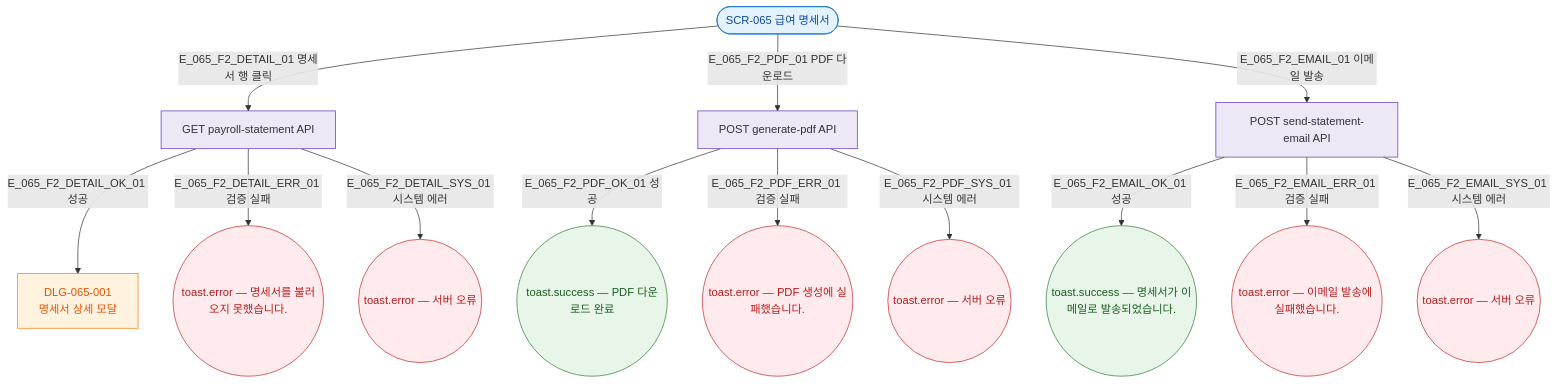
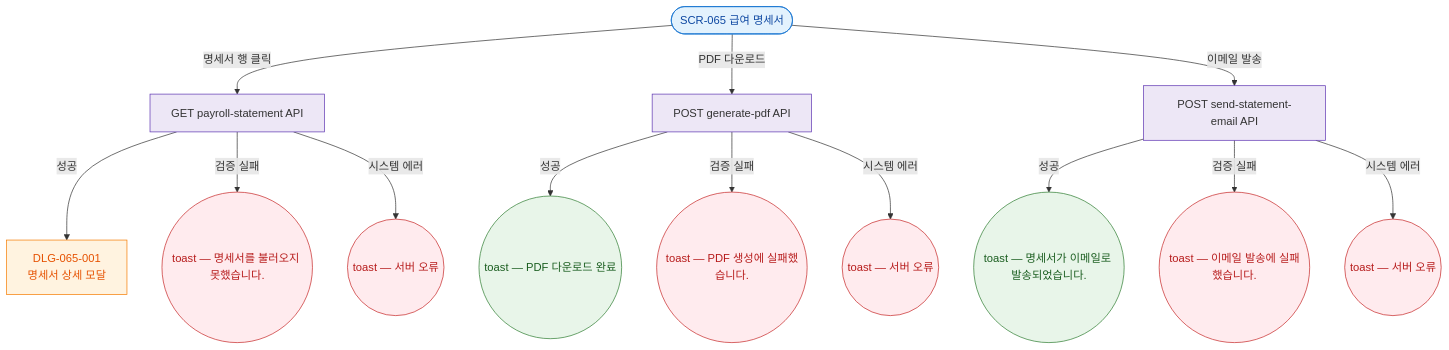
Before and after one commit to dev-spogym/admin-pando: the diagram in docs/다이어그램/D07_직원관리/SCR-065_급여명세서/F2_메인.md, drawn with Mermaid. The commit also changed other lines of this file and 1660 other files, not shown here.

First line of the commit message:
다이어그램: 기획자/클라이언트 납품본으로 정리

````diff
--- a/docs/다이어그램/D07_직원관리/SCR-065_급여명세서/F2_메인.md
+++ b/docs/다이어그램/D07_직원관리/SCR-065_급여명세서/F2_메인.md
@@ -14,31 +12,31 @@
 ```mermaid
 flowchart TD
   SCR_065([SCR-065 급여 명세서])
-  SCR_065 -->|E_065_F2_DETAIL_01 명세서 행 클릭| API_DETAIL[GET payroll-statement API]
+  SCR_065 -->|명세서 행 클릭|API_DETAIL[GET payroll-statement API]
 
-  API_DETAIL -->|E_065_F2_DETAIL_OK_01 성공| DLG_001[DLG-065-001\n명세서 상세 모달]
-  API_DETAIL -->|E_065_F2_DETAIL_ERR_01 검증 실패| TOAST_ERR((toast.error — 명세서를 불러오지 못했습니다.))
-  API_DETAIL -->|E_065_F2_DETAIL_SYS_01 시스템 에러| TOAST_SYS((toast.error — 서버 오류))
+  API_DETAIL -->|성공|DLG_001[DLG-065-001\n명세서 상세 모달]
+  API_DETAIL -->|검증 실패|TOAST_ERR((toast — 명세서를 불러오지 못했습니다.))
+  API_DETAIL -->|시스템 에러|TOAST_SYS((toast — 서버 오류))
 
-  SCR_065 -->|E_065_F2_PDF_01 PDF 다운로드| API_PDF[POST generate-pdf API]
-  API_PDF -->|E_065_F2_PDF_OK_01 성공| TOAST_PDF_OK((toast.success — PDF 다운로드 완료))
-  API_PDF -->|E_065_F2_PDF_ERR_01 검증 실패| TOAST_PDF_ERR((toast.error — PDF 생성에 실패했습니다.))
-  API_PDF -->|E_065_F2_PDF_SYS_01 시스템 에러| TOAST_PDF_SYS((toast.error — 서버 오류))
+  SCR_065 -->|PDF 다운로드|API_PDF[POST generate-pdf API]
+  API_PDF -->|성공|TOAST_PDF_OK((toast — PDF 다운로드 완료))
+  API_PDF -->|검증 실패|TOAST_PDF_ERR((toast — PDF 생성에 실패했습니다.))
+  API_PDF -->|시스템 에러|TOAST_PDF_SYS((toast — 서버 오류))
 
-  SCR_065 -->|E_065_F2_EMAIL_01 이메일 발송| API_EMAIL[POST send-statement-email API]
-  API_EMAIL -->|E_065_F2_EMAIL_OK_01 성공| TOAST_EMAIL_OK((toast.success — 명세서가 이메일로 발송되었습니다.))
-  API_EMAIL -->|E_065_F2_EMAIL_ERR_01 검증 실패| TOAST_EMAIL_ERR((toast.error — 이메일 발송에 실패했습니다.))
-  API_EMAIL -->|E_065_F2_EMAIL_SYS_01 시스템 에러| TOAST_EMAIL_SYS((toast.error — 서버 오류))
+  SCR_065 -->|이메일 발송|API_EMAIL[POST send-statement-email API]
+  API_EMAIL -->|성공|TOAST_EMAIL_OK((toast — 명세서가 이메일로 발송되었습니다.))
+  API_EMAIL -->|검증 실패|TOAST_EMAIL_ERR((toast — 이메일 발송에 실패했습니다.))
+  API_EMAIL -->|시스템 에러|TOAST_EMAIL_SYS((toast — 서버 오류))
 
-  classDef screen  fill:#E3F2FD,stroke:#1976D2,color:#0D47A1
-  classDef modal   fill:#FFF3E0,stroke:#F57C00,color:#E65100
+  classDef screen fill:#E3F2FD,stroke:#1976D2,color:#0D47A1
+  classDef modal fill:#FFF3E0,stroke:#F57C00,color:#E65100
   classDef success fill:#E8F5E9,stroke:#2E7D32,color:#1B5E20
-  classDef error   fill:#FFEBEE,stroke:#C62828,color:#B71C1C
-  classDef system  fill:#EDE7F6,stroke:#5E35B2
+  classDef error fill:#FFEBEE,stroke:#C62828,color:#B71C1C
+  classDef system fill:#EDE7F6,stroke:#5E35B2
 
   class SCR_065 screen
   class DLG_001 modal
   class TOAST_PDF_OK,TOAST_EMAIL_OK success
   class TOAST_ERR,TOAST_SYS,TOAST_PDF_ERR,TOAST_PDF_SYS,TOAST_EMAIL_ERR,TOAST_EMAIL_SYS error
   class API_DETAIL,API_PDF,API_EMAIL system
 ```
````
